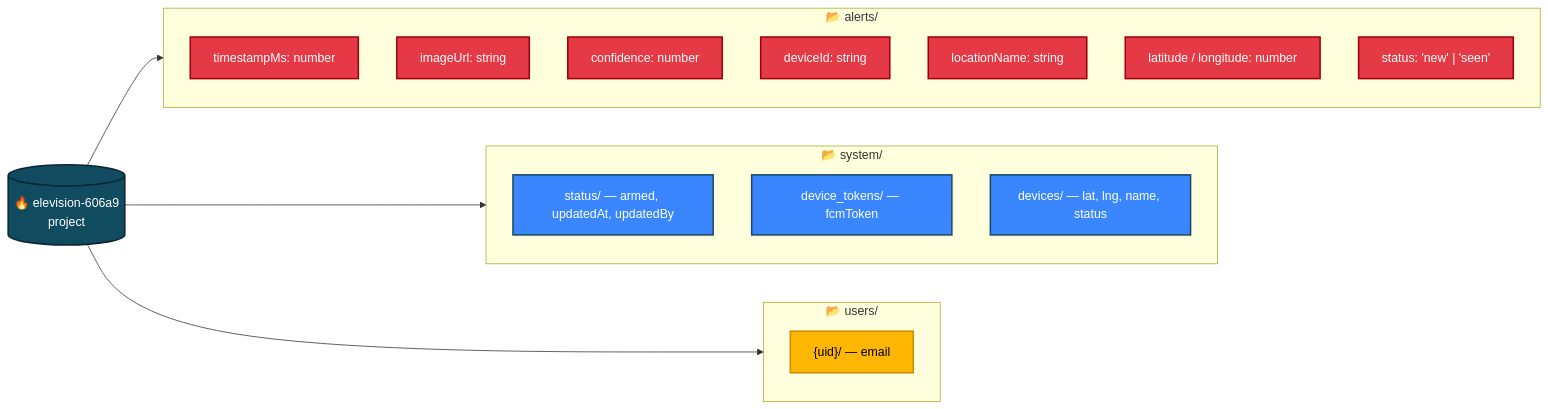
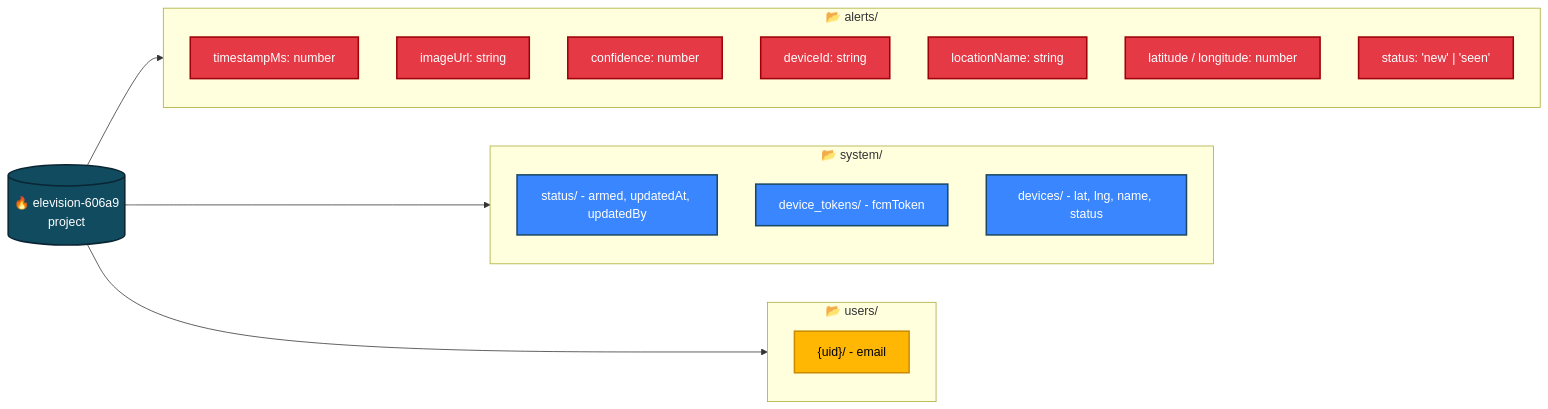
The fifth of 5 diagrams in README.md (PabasaraIlankoon/elevision-app), drawn with Mermaid before and after one commit. The commit also changed other lines of this file, not shown here.

````diff
--- a/README.md
+++ b/README.md
@@ -309,38 +309,38 @@
 ```mermaid
 flowchart LR
     PROJECT[("🔥 elevision-606a9<br/>project")]
 
     subgraph ALERTS["📂 alerts/"]
         A1["timestampMs: number"]
         A2["imageUrl: string"]
         A3["confidence: number"]
         A4["deviceId: string"]
         A5["locationName: string"]
         A6["latitude / longitude: number"]
         A7["status: 'new' | 'seen'"]
     end
 
     subgraph SYSTEM["📂 system/"]
-        S1["status/ — armed, updatedAt, updatedBy"]
-        S2["device_tokens/ — fcmToken"]
-        S3["devices/ — lat, lng, name, status"]
+        S1["status/ - armed, updatedAt, updatedBy"]
+        S2["device_tokens/ - fcmToken"]
+        S3["devices/ - lat, lng, name, status"]
     end
 
     subgraph USERS["📂 users/"]
-        U1["{uid}/ — email"]
+        U1["{uid}/ - email"]
     end
 
     PROJECT --> ALERTS
     PROJECT --> SYSTEM
     PROJECT --> USERS
 
     classDef project fill:#114b5f,stroke:#0a2533,color:#fff,stroke-width:2px
     classDef alertsC fill:#e63946,stroke:#9d0208,color:#fff,stroke-width:2px
     classDef systemC fill:#3a86ff,stroke:#1b4965,color:#fff,stroke-width:2px
     classDef usersC fill:#ffb703,stroke:#cc8b00,color:#000,stroke-width:2px
 
     class PROJECT project
     class A1,A2,A3,A4,A5,A6,A7 alertsC
     class S1,S2,S3 systemC
     class U1 usersC
 ```
````
